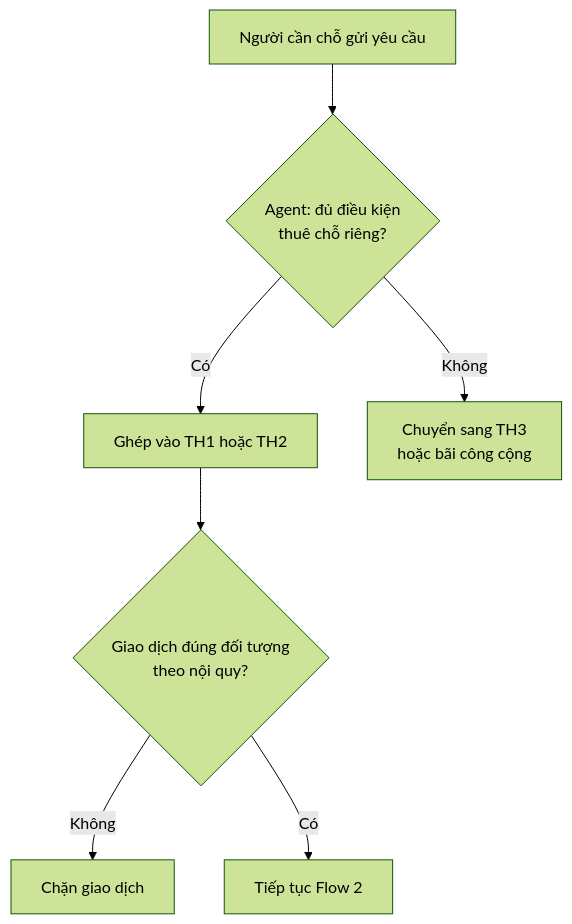
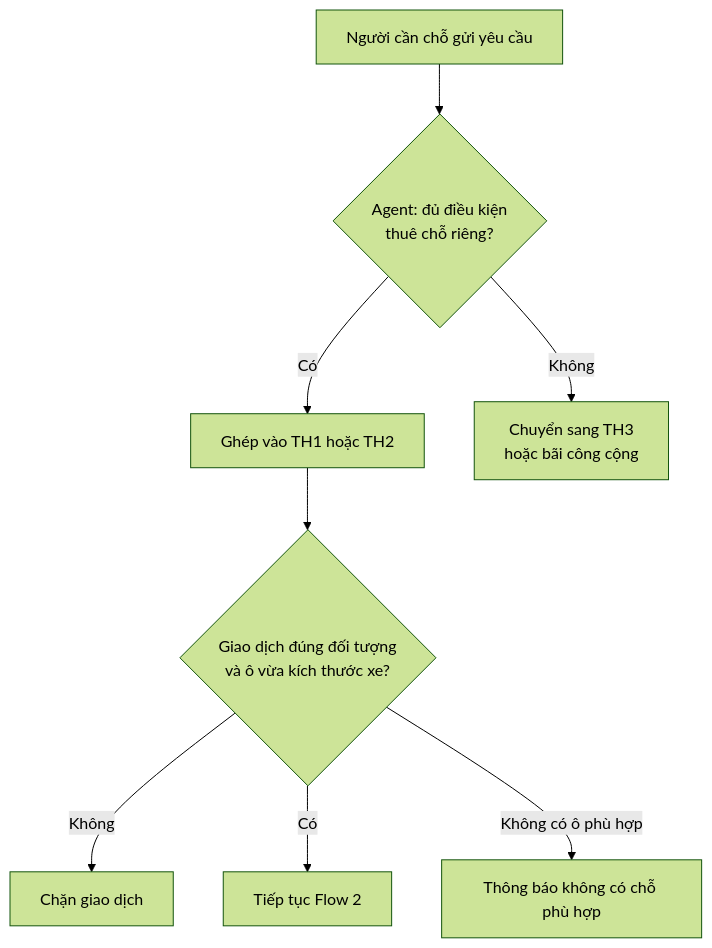
One commit to leewinie2104-lang/AITC-t-142 changed the first of 6 diagrams in docs/01-product/ux/user-flow.md. Above: the diagram before and after it, drawn with Mermaid (forest theme). The commit also changed other lines of this file and 42 other files, not shown here.

````diff
--- a/docs/01-product/ux/user-flow.md
+++ b/docs/01-product/ux/user-flow.md
@@ -11,9 +11,10 @@
 ```mermaid
 flowchart TD
     A[Người cần chỗ gửi yêu cầu] --> B{Agent: đủ điều kiện<br/>thuê chỗ riêng?}
     B -- Có --> C[Ghép vào TH1 hoặc TH2]
     B -- Không --> D[Chuyển sang TH3<br/>hoặc bãi công cộng]
-    C --> E{Giao dịch đúng đối tượng<br/>theo nội quy?}
+    C --> E{Giao dịch đúng đối tượng<br/>và ô vừa kích thước xe?}
     E -- Không --> F[Chặn giao dịch]
     E -- Có --> G[Tiếp tục Flow 2]
+    E -- Không có ô phù hợp --> X[Thông báo không có chỗ phù hợp]
 ```
````
